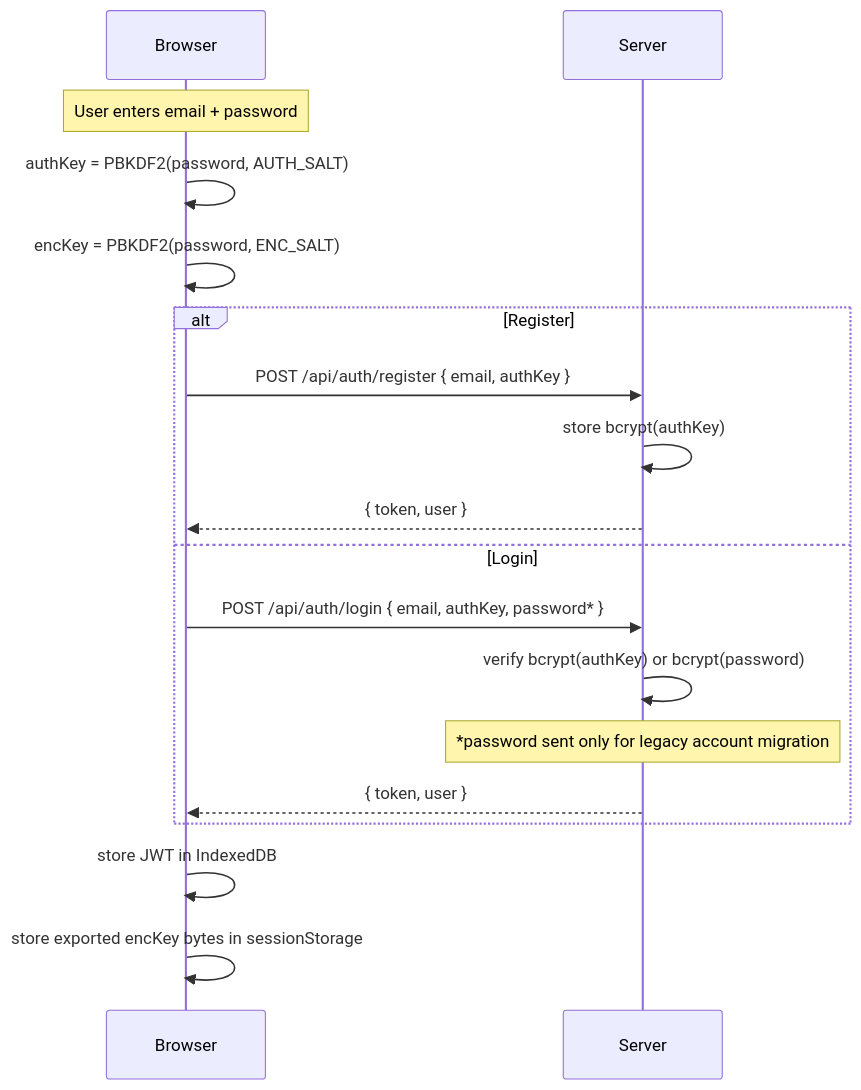
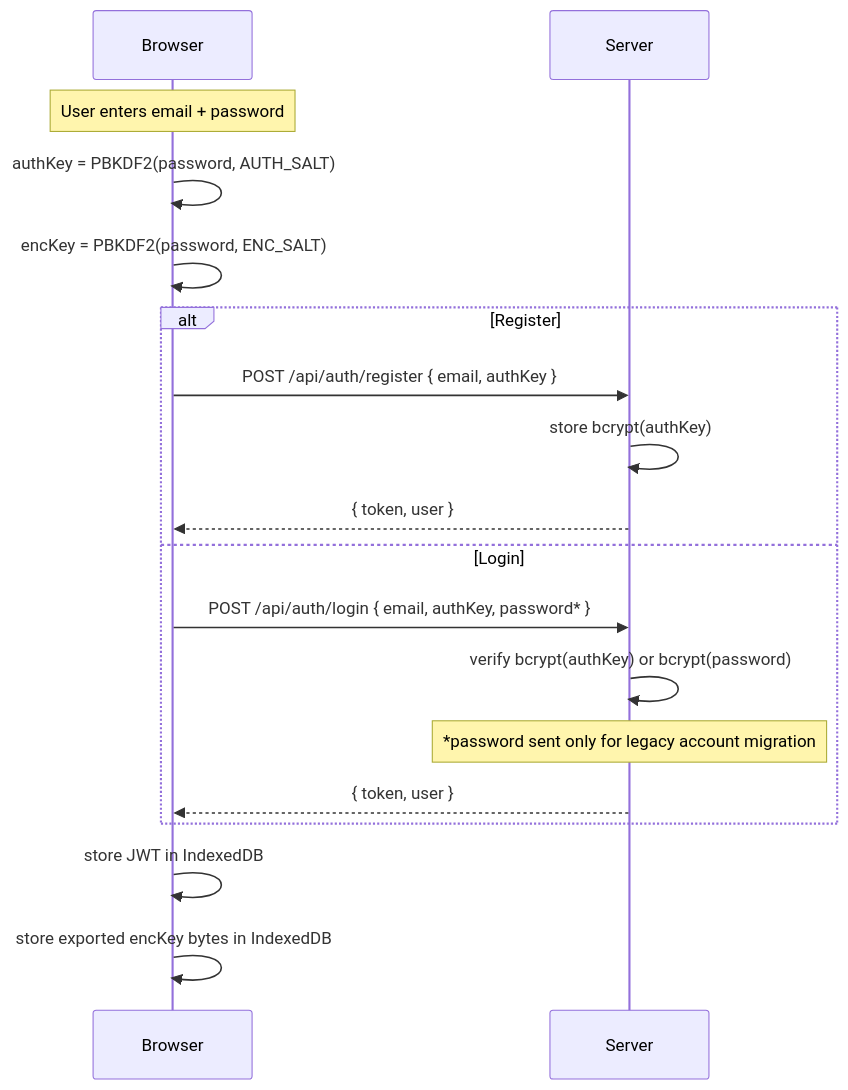
Before and after one commit to Numori-Ecosystem/Numori-Notes: the second of 5 diagrams in README.md, drawn with Mermaid. The commit also changed other lines of this file and 1 other file, not shown here.

````diff
--- a/README.md
+++ b/README.md
@@ -247,24 +247,24 @@
 ```mermaid
 sequenceDiagram
     participant U as Browser
     participant S as Server
 
     Note over U: User enters email + password
 
     U->>U: authKey = PBKDF2(password, AUTH_SALT)
     U->>U: encKey = PBKDF2(password, ENC_SALT)
 
     alt Register
         U->>S: POST /api/auth/register { email, authKey }
         S->>S: store bcrypt(authKey)
         S-->>U: { token, user }
     else Login
         U->>S: POST /api/auth/login { email, authKey, password* }
         S->>S: verify bcrypt(authKey) or bcrypt(password)
         Note over S: *password sent only for legacy account migration
         S-->>U: { token, user }
     end
 
     U->>U: store JWT in IndexedDB
-    U->>U: store exported encKey bytes in sessionStorage
+    U->>U: store exported encKey bytes in IndexedDB
 ```
````
